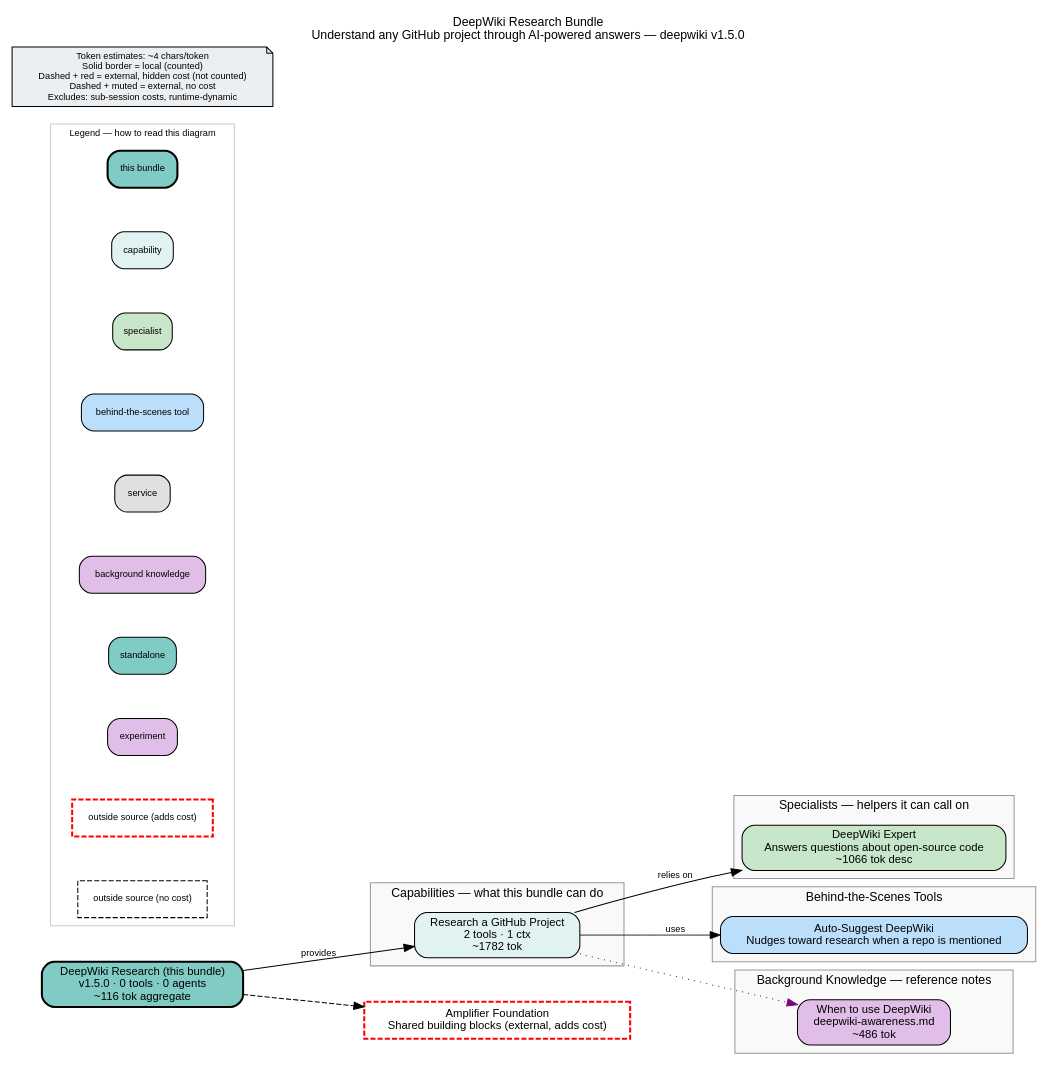
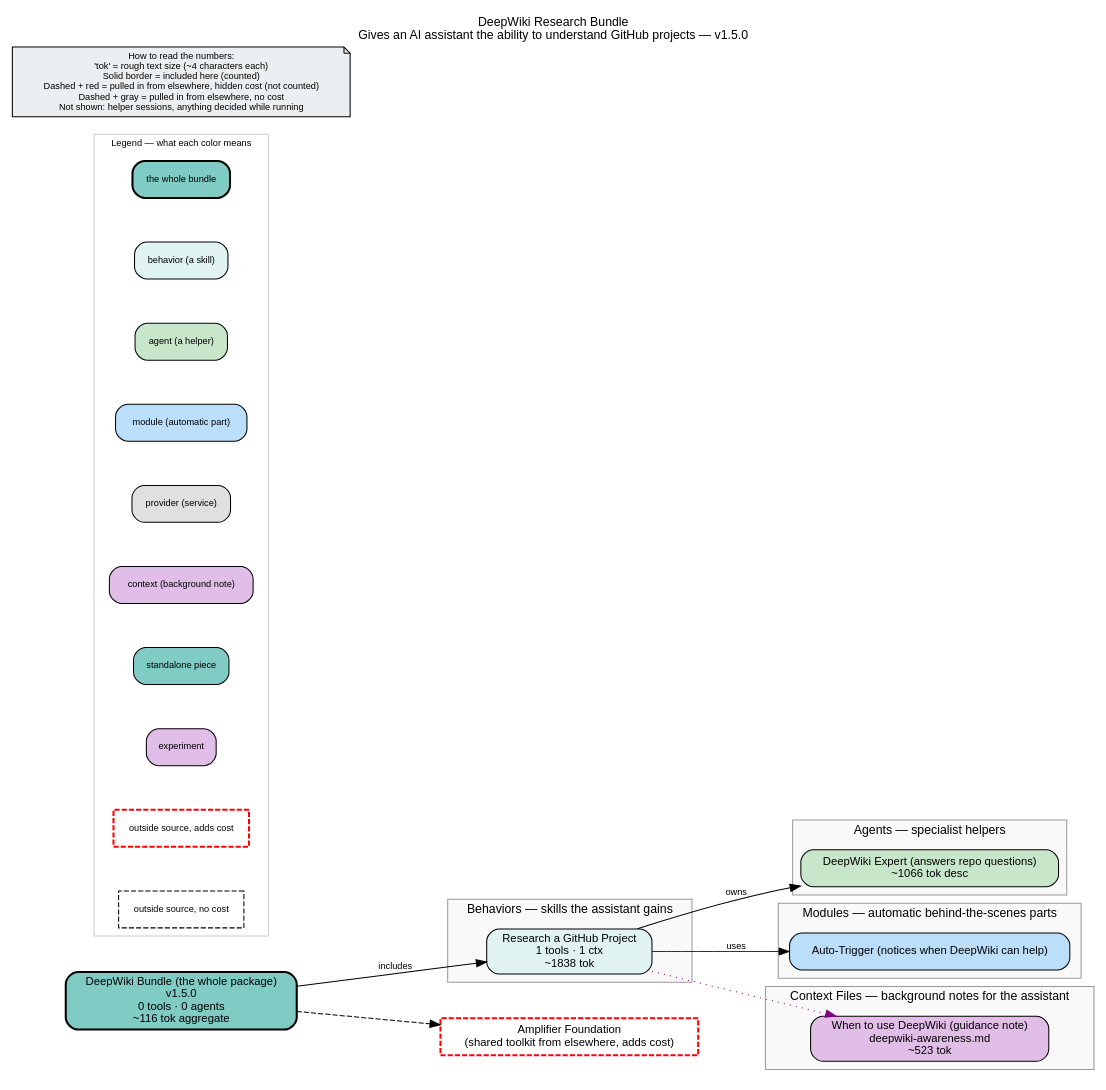
The diagram in bundle.dot (colombod/amplifier-bundle-deepwiki), drawn with Graphviz before and after one commit. The commit also changed 6 other files, not shown here.

First line of the commit message:
refactor: scope DeepWiki MCP to the expert agent only (remove root-level exposure)

```diff
--- a/bundle.dot
+++ b/bundle.dot
@@ -1,86 +1,85 @@
-// This repository (deepwiki) gives Amplifier the ability to research and understand
-// any GitHub project using DeepWiki's AI-powered knowledge base. Ask a question about
-// an open-source library, and it fetches accurate, source-grounded answers.
-
+// This repository packages "deepwiki": a ready-to-use add-on that lets an AI assistant
+// research and explain any GitHub project by tapping DeepWiki's AI knowledge base.
+// It bundles the research skill, an expert helper, an auto-trigger, and a guidance note.
 digraph deepwiki {
     rankdir=LR
     fontname="Helvetica"
     fontsize=12
-    label="DeepWiki Research Bundle\nUnderstand any GitHub project through AI-powered answers — deepwiki v1.5.0"
+    label="DeepWiki Research Bundle\nGives an AI assistant the ability to understand GitHub projects — v1.5.0"
     labelloc=t
     labeljust=c
     nodesep=0.6
     ranksep=0.7
     bgcolor="white"
-    source_hash="176fd7f3e8ebd4dfa3189bb5f647edfe0f0c075c7b26ffdec4a8e677154024d4"
+    source_hash="03e85f9031bf5ffa8e8b93b572141237ce111eda6e669d8d87f355dbb4454cbf"
 
     node [fontname="Helvetica", fontsize=11, style="filled,rounded"]
     edge [fontname="Helvetica", fontsize=9]
 
-    root_deepwiki [label="DeepWiki Research (this bundle)\nv1.5.0 · 0 tools · 0 agents\n~116 tok aggregate", shape=box, fillcolor="#80cbc4", style="filled,rounded,bold", penwidth=2]
+    root_deepwiki [label="DeepWiki Bundle (the whole package)\nv1.5.0\n0 tools · 0 agents\n~116 tok aggregate", shape=box, fillcolor="#80cbc4", style="filled,rounded,bold", penwidth=2]
 
     subgraph cluster_behaviors {
-        label="Capabilities — what this bundle can do"
+        label="Behaviors — skills the assistant gains"
         style="filled"
         fillcolor="#f9f9f9"
         color="#999999"
 
-        beh_deepwiki_research [label="Research a GitHub Project\n2 tools · 1 ctx\n~1782 tok", shape=box, fillcolor="#e0f2f1", style="filled,rounded"]
+        beh_deepwiki_research [label="Research a GitHub Project\n1 tools · 1 ctx\n~1838 tok", shape=box, fillcolor="#e0f2f1", style="filled,rounded"]
     }
 
     subgraph cluster_agents {
-        label="Specialists — helpers it can call on"
+        label="Agents — specialist helpers"
         style="filled"
         fillcolor="#f9f9f9"
         color="#999999"
 
-        agt_deepwiki_expert [label="DeepWiki Expert\nAnswers questions about open-source code\n~1066 tok desc", shape=box, fillcolor="#c8e6c9", style="filled,rounded"]
+        agt_deepwiki_expert [label="DeepWiki Expert (answers repo questions)\n~1066 tok desc", shape=box, fillcolor="#c8e6c9", style="filled,rounded"]
     }
 
     subgraph cluster_modules {
-        label="Behind-the-Scenes Tools"
+        label="Modules — automatic behind-the-scenes parts"
         style="filled"
         fillcolor="#f9f9f9"
         color="#999999"
 
-        mod_hooks_deepwiki_trigger [label="Auto-Suggest DeepWiki\nNudges toward research when a repo is mentioned", shape=box, fillcolor="#bbdefb", style="filled,rounded"]
+        mod_hooks_deepwiki_trigger [label="Auto-Trigger (notices when DeepWiki can help)", shape=box, fillcolor="#bbdefb", style="filled,rounded"]
     }
 
     subgraph cluster_context {
-        label="Background Knowledge — reference notes"
+        label="Context Files — background notes for the assistant"
         style="filled"
         fillcolor="#f9f9f9"
         color="#999999"
 
-        ctx_deepwiki_awareness_md [label="When to use DeepWiki\ndeepwiki-awareness.md\n~486 tok", shape=box, fillcolor="#e1bee7", style="filled,rounded"]
+        ctx_deepwiki_awareness_md [label="When to use DeepWiki (guidance note)\ndeepwiki-awareness.md\n~523 tok", shape=box, fillcolor="#e1bee7", style="filled,rounded"]
     }
 
     subgraph cluster_legend {
-        label="Legend — how to read this diagram"
+        label="Legend — what each color means"
         style="filled"
         fillcolor="white"
         color="#cccccc"
         fontsize=9
 
-        leg_root [label="this bundle", shape=box, fillcolor="#80cbc4", style="filled,rounded,bold", fontsize=9]
-        leg_behavior [label="capability", shape=box, fillcolor="#e0f2f1", style="filled,rounded", fontsize=9]
-        leg_agent [label="specialist", shape=box, fillcolor="#c8e6c9", style="filled,rounded", fontsize=9]
-        leg_module [label="behind-the-scenes tool", shape=box, fillcolor="#bbdefb", style="filled,rounded", fontsize=9]
-        leg_provider [label="service", shape=box, fillcolor="#e0e0e0", style="filled,rounded", fontsize=9]
-        leg_context [label="background knowledge", shape=box, fillcolor="#e1bee7", style="filled,rounded", fontsize=9]
-        leg_standalone [label="standalone", shape=box, fillcolor="#80cbc4", style="filled,rounded", fontsize=9]
+        leg_root [label="the whole bundle", shape=box, fillcolor="#80cbc4", style="filled,rounded,bold", fontsize=9]
+        leg_behavior [label="behavior (a skill)", shape=box, fillcolor="#e0f2f1", style="filled,rounded", fontsize=9]
+        leg_agent [label="agent (a helper)", shape=box, fillcolor="#c8e6c9", style="filled,rounded", fontsize=9]
+        leg_module [label="module (automatic part)", shape=box, fillcolor="#bbdefb", style="filled,rounded", fontsize=9]
+        leg_provider [label="provider (service)", shape=box, fillcolor="#e0e0e0", style="filled,rounded", fontsize=9]
+        leg_context [label="context (background note)", shape=box, fillcolor="#e1bee7", style="filled,rounded", fontsize=9]
+        leg_standalone [label="standalone piece", shape=box, fillcolor="#80cbc4", style="filled,rounded", fontsize=9]
         leg_experiment [label="experiment", shape=box, fillcolor="#e1bee7", style="filled,rounded", fontsize=9]
-        leg_ext_cost [label="outside source (adds cost)", shape=box, fillcolor="#80cbc4", style="dashed", color="red", penwidth=2, fontsize=9]
-        leg_ext_muted [label="outside source (no cost)", shape=box, fillcolor="#f5f5f5", style="dashed", fontsize=9]
+        leg_ext_cost [label="outside source, adds cost", shape=box, fillcolor="#80cbc4", style="dashed", color="red", penwidth=2, fontsize=9]
+        leg_ext_muted [label="outside source, no cost", shape=box, fillcolor="#f5f5f5", style="dashed", fontsize=9]
     }
 
-    disclaimer [label="Token estimates: ~4 chars/token\nSolid border = local (counted)\nDashed + red = external, hidden cost (not counted)\nDashed + muted = external, no cost\nExcludes: sub-session costs, runtime-dynamic", shape=note, fillcolor="#eceff1", style="filled", fontsize=9]
+    disclaimer [label="How to read the numbers:\n'tok' = rough text size (~4 characters each)\nSolid border = included here (counted)\nDashed + red = pulled in from elsewhere, hidden cost (not counted)\nDashed + gray = pulled in from elsewhere, no cost\nNot shown: helper sessions, anything decided while running", shape=note, fillcolor="#eceff1", style="filled", fontsize=9]
 
-    ext_githttps___github_com_microsoft_amplifier_foundation_main [label="Amplifier Foundation\nShared building blocks (external, adds cost)", shape=box, fillcolor="#80cbc4", style="dashed", color="red", penwidth=2]
+    ext_githttps___github_com_microsoft_amplifier_foundation_main [label="Amplifier Foundation\n(shared toolkit from elsewhere, adds cost)", shape=box, fillcolor="#80cbc4", style="dashed", color="red", penwidth=2]
 
     root_deepwiki -> ext_githttps___github_com_microsoft_amplifier_foundation_main [style=dashed]
-    root_deepwiki -> beh_deepwiki_research [label="provides"]
-    beh_deepwiki_research -> agt_deepwiki_expert [label="relies on"]
+    root_deepwiki -> beh_deepwiki_research [label="includes"]
+    beh_deepwiki_research -> agt_deepwiki_expert [label="owns"]
     beh_deepwiki_research -> mod_hooks_deepwiki_trigger [label="uses", penwidth=0.8]
     beh_deepwiki_research -> ctx_deepwiki_awareness_md [style=dotted, color=purple]
 }
```
